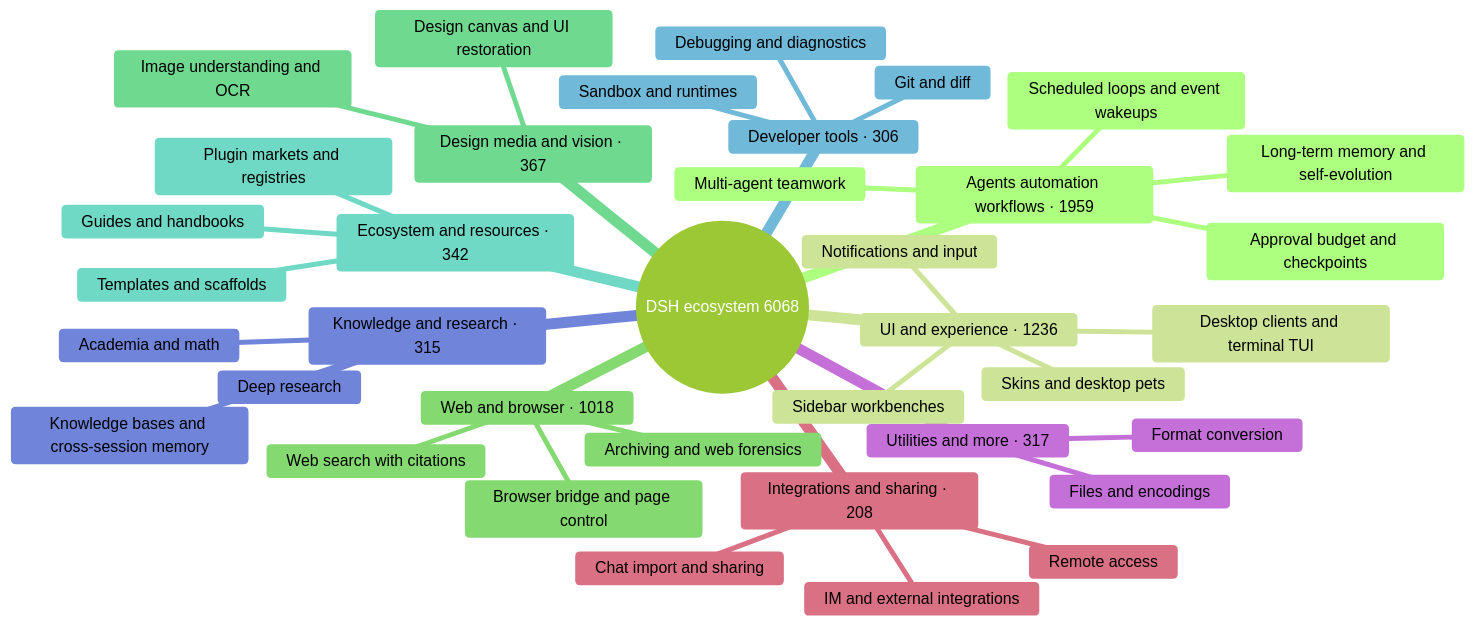
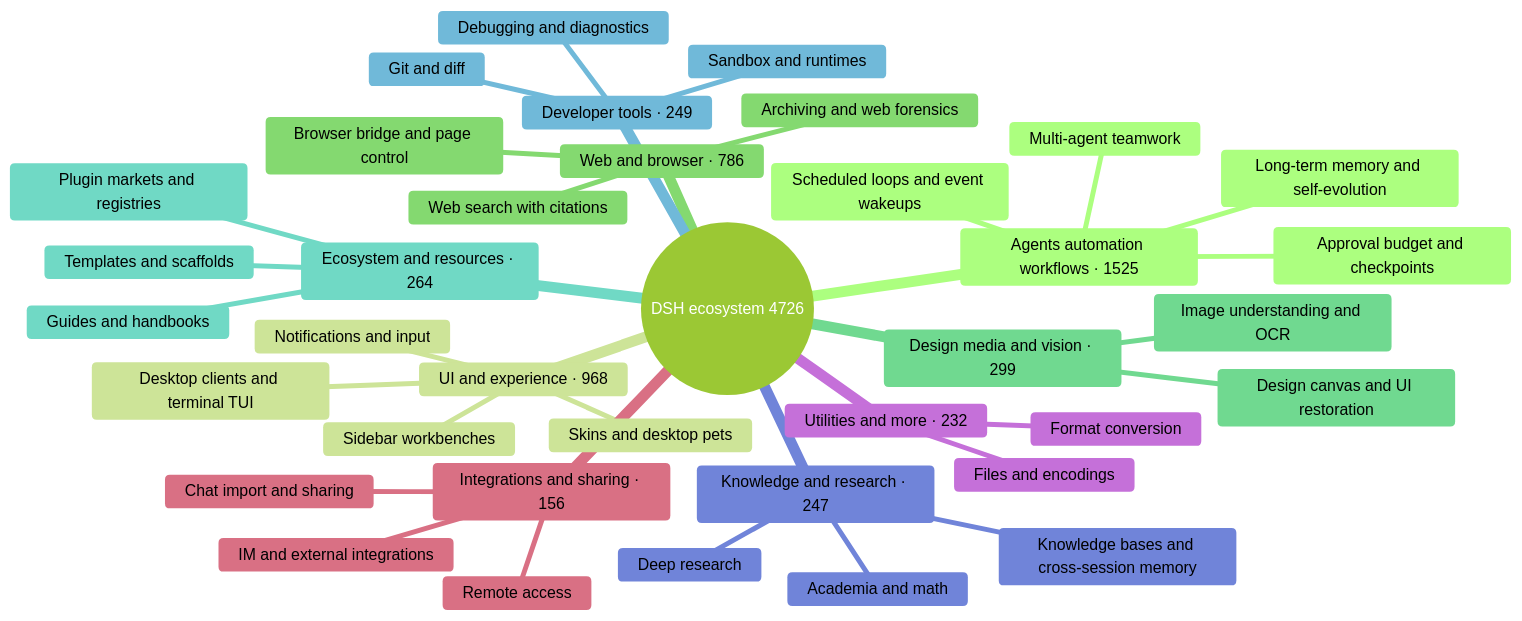
The diagram in README_EN.md (PGZXB/awesome-dsh-plugin-3), drawn with Mermaid (forest theme) before and after one commit. The commit also changed other lines of this file and 9 other files, not shown here.

````diff
--- a/README_EN.md
+++ b/README_EN.md
@@ -32,40 +33,40 @@
 ```mermaid
 mindmap
-  root((DSH ecosystem 6068))
-    Agents automation workflows · 1959
+  root((DSH ecosystem 4726))
+    Agents automation workflows · 1525
       Scheduled loops and event wakeups
       Multi-agent teamwork
       Long-term memory and self-evolution
       Approval budget and checkpoints
-    UI and experience · 1236
+    UI and experience · 968
       Desktop clients and terminal TUI
       Sidebar workbenches
       Skins and desktop pets
       Notifications and input
-    Web and browser · 1018
+    Web and browser · 786
       Browser bridge and page control
       Web search with citations
       Archiving and web forensics
-    Design media and vision · 367
+    Design media and vision · 299
       Image understanding and OCR
       Design canvas and UI restoration
-    Ecosystem and resources · 342
+    Ecosystem and resources · 264
       Plugin markets and registries
       Templates and scaffolds
       Guides and handbooks
-    Developer tools · 306
+    Developer tools · 249
       Git and diff
       Sandbox and runtimes
       Debugging and diagnostics
-    Knowledge and research · 315
+    Knowledge and research · 247
       Knowledge bases and cross-session memory
       Deep research
       Academia and math
-    Utilities and more · 317
+    Utilities and more · 232
       Files and encodings
       Format conversion
-    Integrations and sharing · 208
+    Integrations and sharing · 156
       Chat import and sharing
       Remote access
       IM and external integrations
 ```
````
